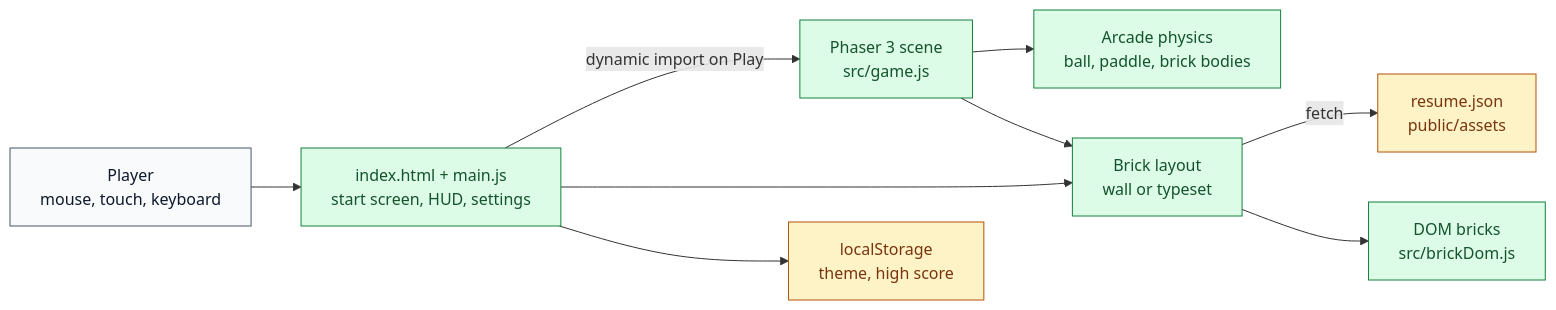
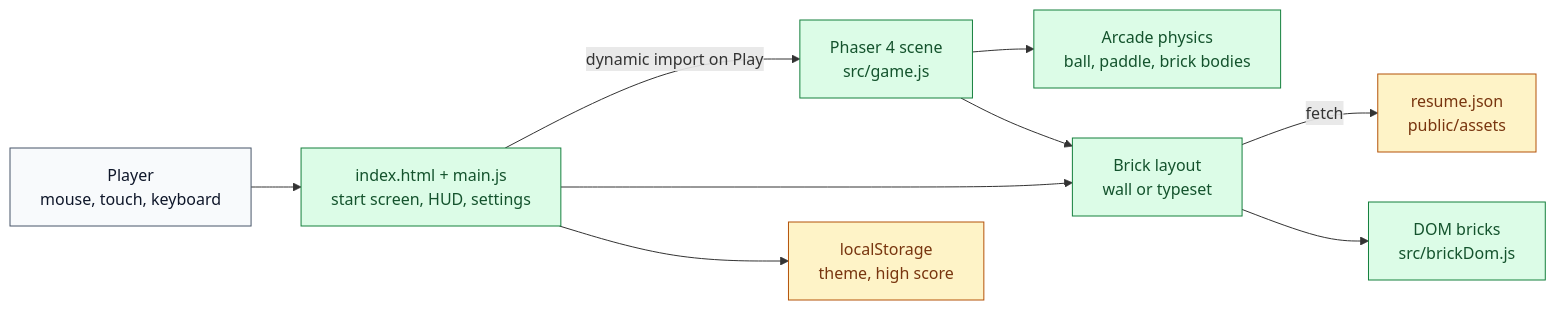
Before and after one commit to natezimm/brick-breaker-resume: the diagram in README.md, drawn with Mermaid. The commit also changed other lines of this file and 11 other files, not shown here.

````diff
--- a/README.md
+++ b/README.md
@@ -36,18 +36,18 @@
 ```mermaid
 flowchart LR
   Player["Player<br/>mouse, touch, keyboard"] --> Page["index.html + main.js<br/>start screen, HUD, settings"]
-  Page -->|"dynamic import on Play"| Phaser["Phaser 3 scene<br/>src/game.js"]
+  Page -->|"dynamic import on Play"| Phaser["Phaser 4 scene<br/>src/game.js"]
   Phaser --> Physics["Arcade physics<br/>ball, paddle, brick bodies"]
   Page --> Layout["Brick layout<br/>wall or typeset"]
   Phaser --> Layout
   Layout -->|"fetch"| Data["resume.json<br/>public/assets"]
   Layout --> Bricks["DOM bricks<br/>src/brickDom.js"]
   Page --> Storage["localStorage<br/>theme, high score"]
 
   classDef user fill:#f8fafc,stroke:#475569,color:#0f172a
   classDef client fill:#dcfce7,stroke:#15803d,color:#14532d
   classDef data fill:#fef3c7,stroke:#b45309,color:#78350f
   class Player user
   class Page,Phaser,Physics,Layout,Bricks client
   class Data,Storage data
 ```
````
